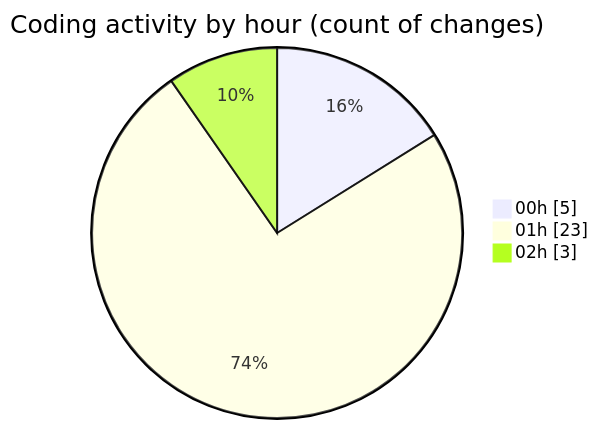
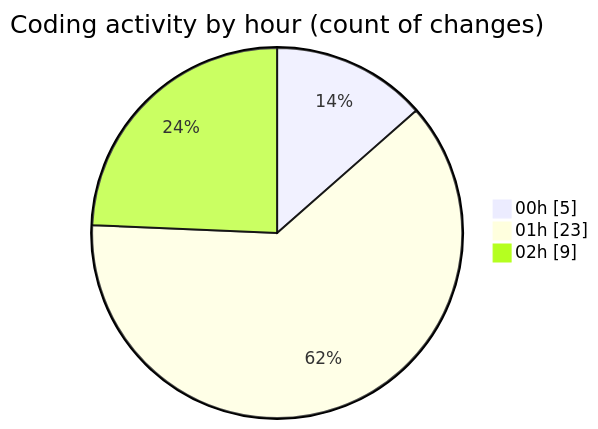
One commit to julien-gomy/code-tracking changed the second of 2 diagrams in 2025-11-06/usr_aleoudev_fr__workspace_/README.md. Above: the diagram before and after it, drawn with Mermaid. The commit also changed other lines of this file and 1 other file, not shown here.

````diff
--- a/2025-11-06/usr_aleoudev_fr__workspace_/README.md
+++ b/2025-11-06/usr_aleoudev_fr__workspace_/README.md
@@ -33,7 +33,7 @@
 ```mermaid
 pie showData
 title Coding activity by hour (count of changes)
 "00h" : 5
 "01h" : 23
-"02h" : 3
+"02h" : 9
 ```
````
